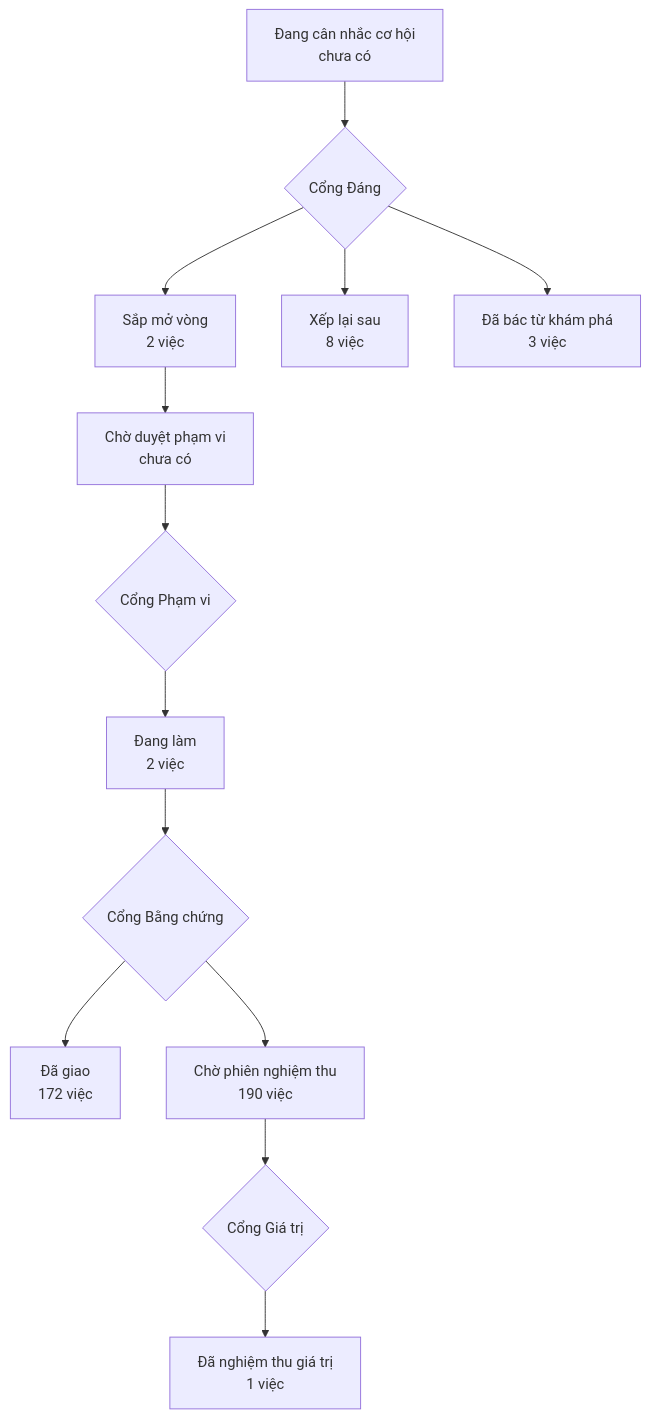
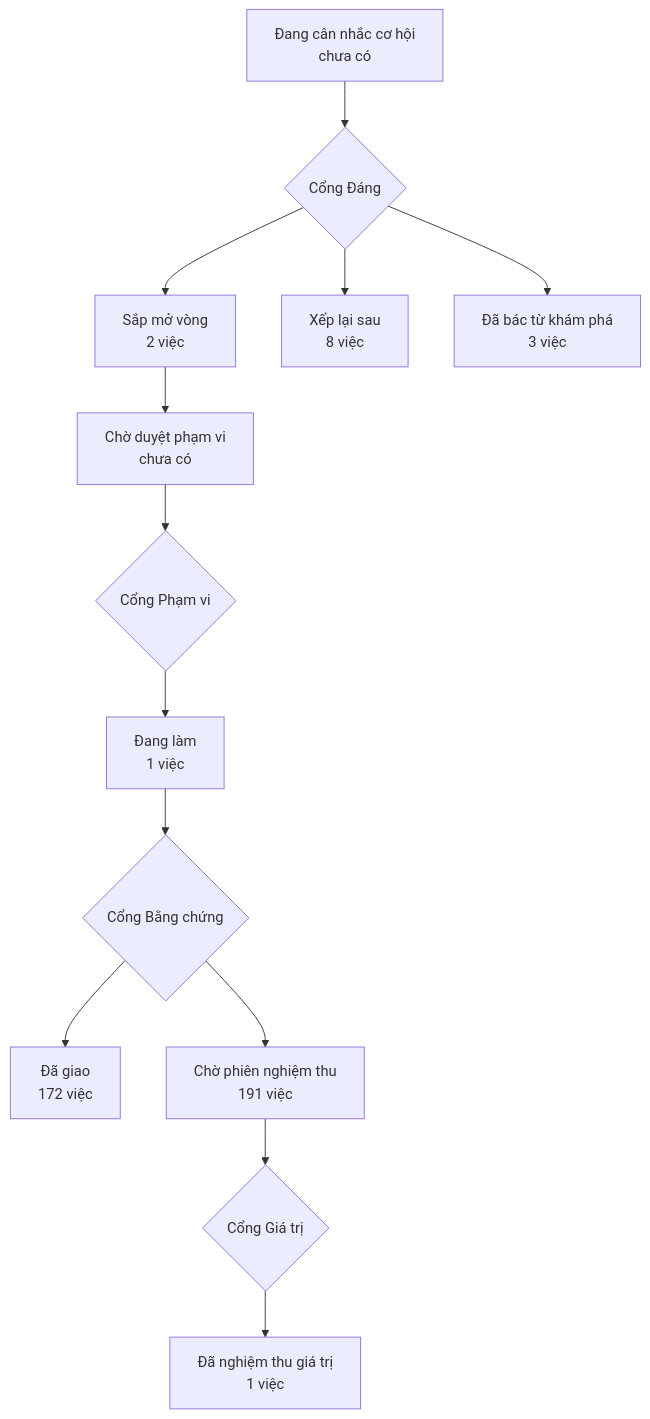
Before and after one commit to phanlemanh/crm-onehub: the diagram in PRODUCT-MAP.md, drawn with Mermaid. The commit also changed 7 other files, not shown here.

Commit message:
chore(rang-hang-cong-cu): bằng chứng S4 lượt 2 — PASS 9/9, máy thông (machine-cleared)

````diff
--- a/PRODUCT-MAP.md
+++ b/PRODUCT-MAP.md
@@ -7,12 +7,12 @@
 ```mermaid
 flowchart TD
   A["Đang cân nhắc cơ hội<br/>chưa có"] --> GD{"Cổng Đáng"}
   GD --> B["Sắp mở vòng<br/>2 việc"]
   GD --> XL["Xếp lại sau<br/>8 việc"]
   GD --> DB["Đã bác từ khám phá<br/>3 việc"]
   B --> CD["Chờ duyệt phạm vi<br/>chưa có"] --> GP{"Cổng Phạm vi"}
-  GP --> DL["Đang làm<br/>2 việc"] --> GB{"Cổng Bằng chứng"}
+  GP --> DL["Đang làm<br/>1 việc"] --> GB{"Cổng Bằng chứng"}
   GB --> DG["Đã giao<br/>172 việc"]
-  GB --> CN["Chờ phiên nghiệm thu<br/>190 việc"] --> GG{"Cổng Giá trị"}
+  GB --> CN["Chờ phiên nghiệm thu<br/>191 việc"] --> GG{"Cổng Giá trị"}
   GG --> NT["Đã nghiệm thu giá trị<br/>1 việc"]
 ```
````
